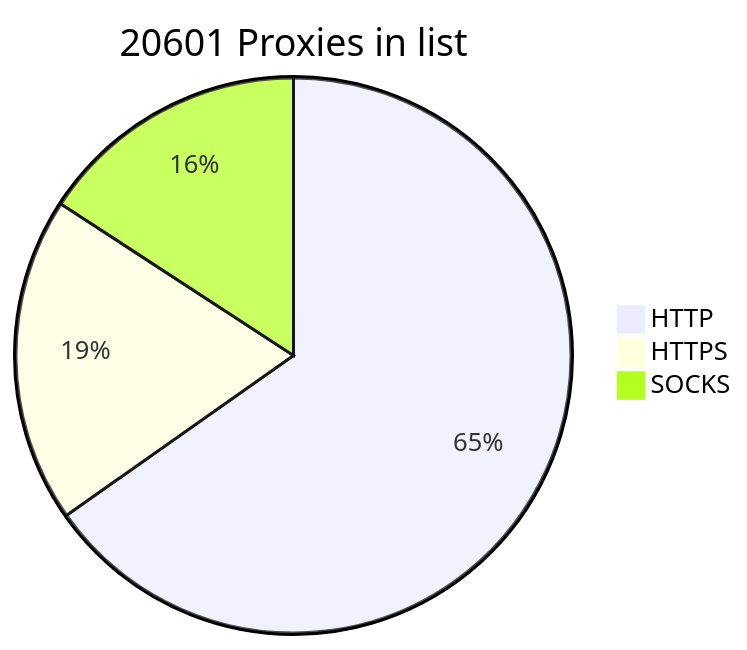
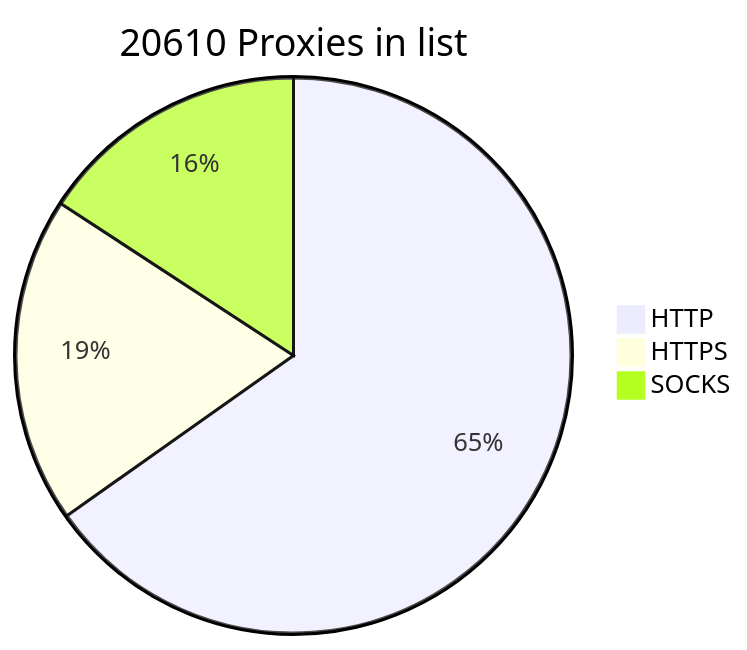
One commit to BlackSnowDot/proxylist-update-every-minute changed the diagram in README.md. Above: the diagram before and after it, drawn with Mermaid.

````diff
--- a/README.md
+++ b/README.md
@@ -2,6 +2,6 @@
 ```mermaid
-pie title 20601 Proxies in list
-    "HTTP" : 15163
-    "HTTPS": 4407
-    "SOCKS" : 3674
+pie title 20610 Proxies in list
+    "HTTP" : 15180
+    "HTTPS": 4425
+    "SOCKS" : 3676
 ```
````
